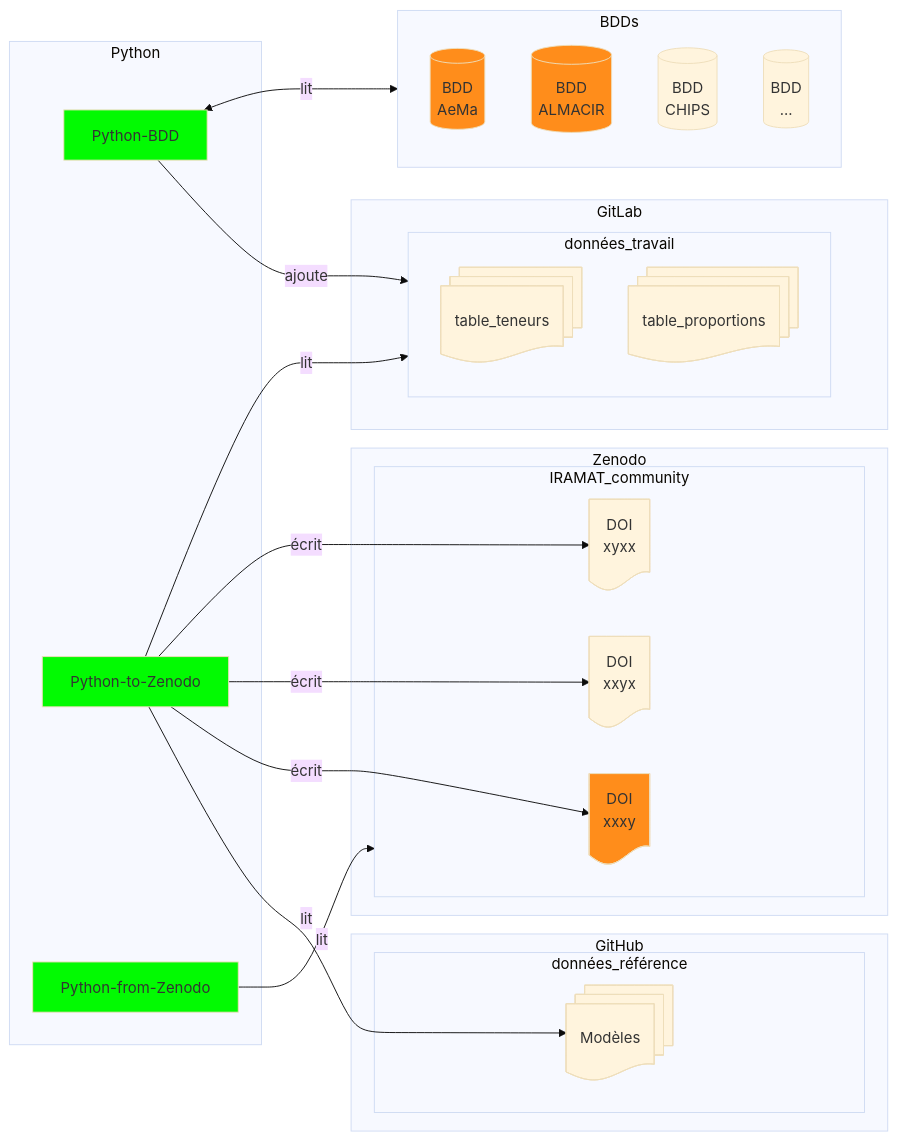
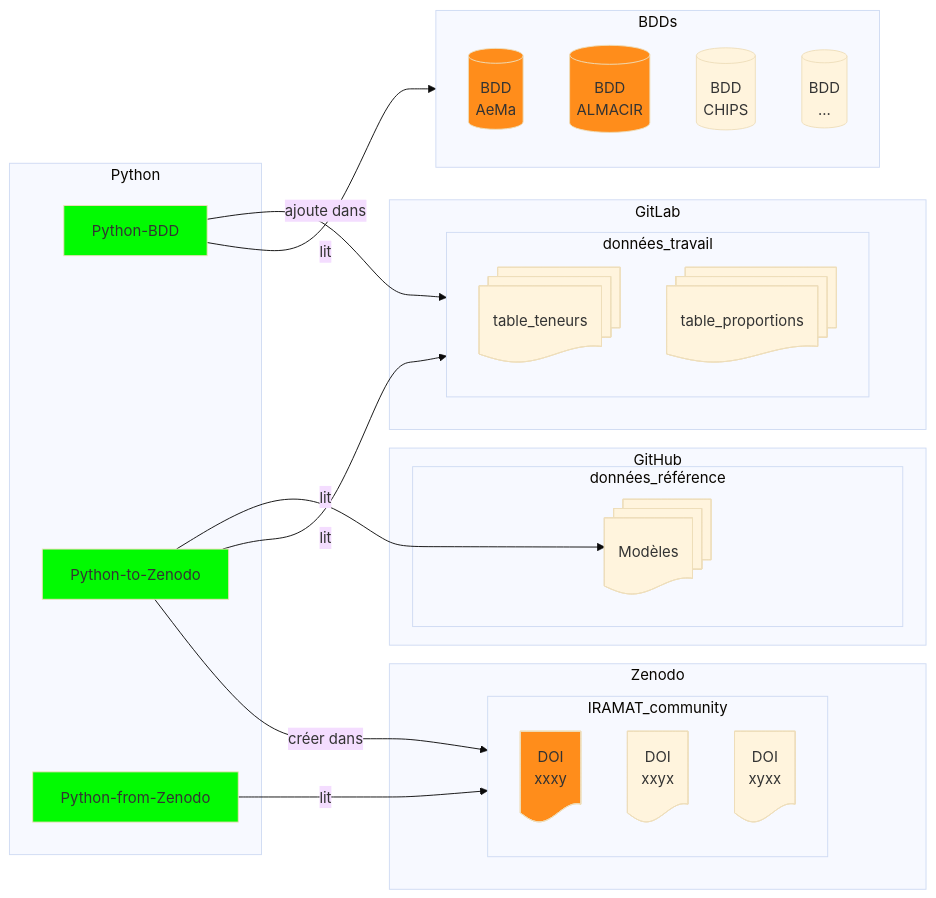
Before and after one commit to iramat/iramat-dev: the first of 2 diagrams in dbs/README.md, drawn with Mermaid (base theme).

````diff
--- a/dbs/README.md
+++ b/dbs/README.md
@@ -5,46 +5,47 @@
 ```mermaid
 flowchart LR
     subgraph GitLab
         subgraph données_travail
             T1@{ shape: docs, label: "table_teneurs" }
             T2@{ shape: docs, label: "table_proportions" }
         end
     end
     subgraph GitHub
         subgraph données_référence
             Mod@{ shape: docs, label: "Modèles" }
         end
     end
     subgraph Python
         PDB@{ procs: docs, label: "Python-BDD" }
         P2Z@{ procs: docs, label: "Python-to-Zenodo" }
         PfZ@{ procs: docs, label: "Python-from-Zenodo" }
     end
     subgraph BDDs
         B[(BDD<br>AeMa)]
         H[(BDD<br>ALMACIR)]
         C[(BDD<br>CHIPS)]
         D[(BDD<br>...)]
     end
-    PDB -- ajoute --> données_travail;
+    PDB -- ajoute dans --> données_travail;
     P2Z -- lit --> Mod;
     P2Z -- lit --> données_travail;
     subgraph Zenodo
         subgraph IRAMAT_community
-            P2Z -- écrit --> E@{ shape: doc, label: "DOI<br>xxxy" }
-            P2Z -- écrit --> F@{ shape: doc, label: "DOI<br>xxyx" }
-            P2Z -- écrit --> G@{ shape: doc, label: "DOI<br>xyxx" }
+            E@{ shape: doc, label: "DOI<br>xxxy" }
+            F@{ shape: doc, label: "DOI<br>xxyx" }
+            G@{ shape: doc, label: "DOI<br>xyxx" }
         end
     end
-    PDB <-- lit --> BDDs;
+    PDB -- lit --> BDDs;
     PfZ -- lit --> IRAMAT_community
+    P2Z -- créer dans --> IRAMAT_community 
 
 
 click T1 "https://github.com/zoometh/iramat-test/blob/main/dbs/analysis_results.tsv" _blank
 style PDB fill:#02fa02
 style P2Z fill:#02fa02
 style PfZ fill:#02fa02
 style B fill:#FF8D1B
 style H fill:#FF8D1B
 style E fill:#FF8D1B
 ```
````
